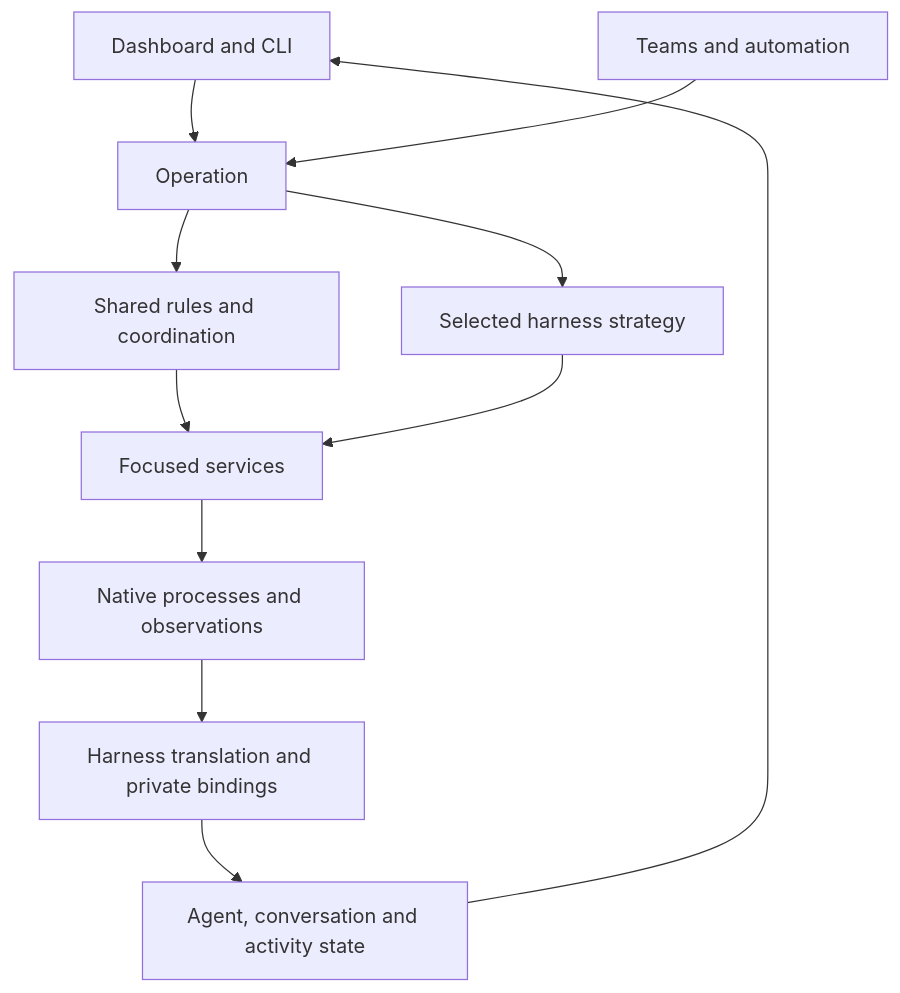
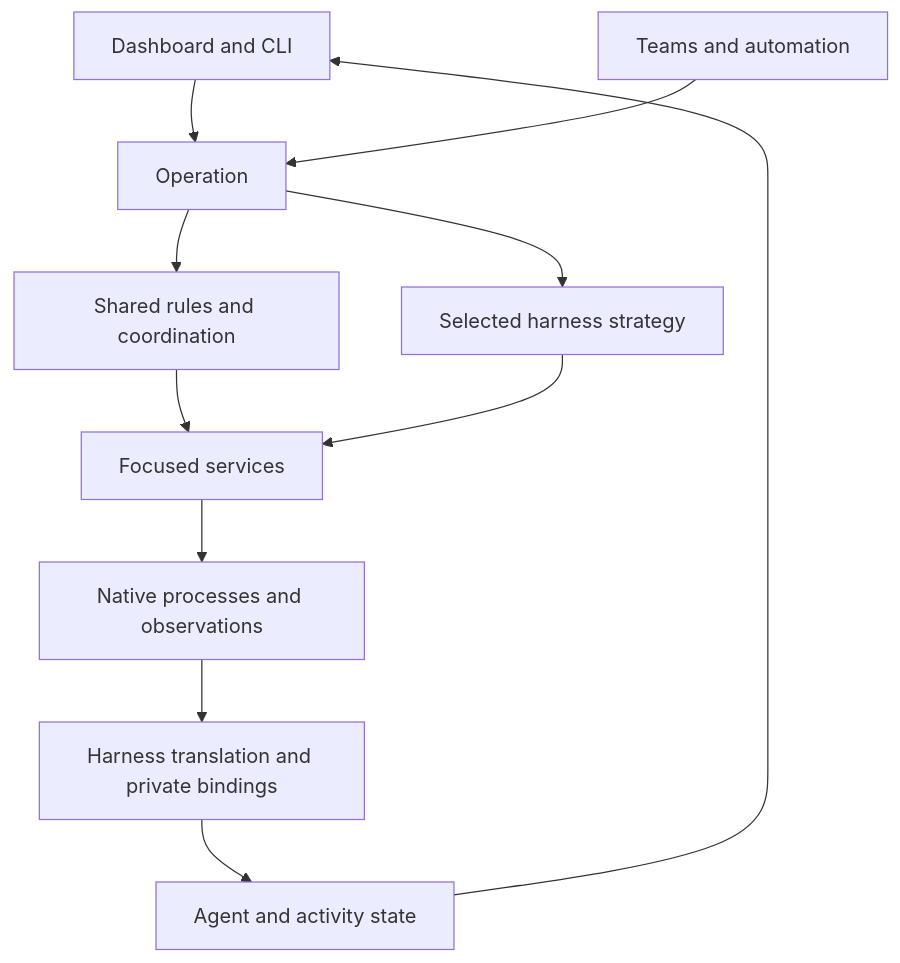
One commit to tofutools/tclaude changed the diagram in docs/v2-plan-and-ideas/README.md. Above: the diagram before and after it, drawn with Mermaid. The commit also changed other lines of this file and 3 other files, not shown here.

````diff
--- a/docs/v2-plan-and-ideas/README.md
+++ b/docs/v2-plan-and-ideas/README.md
@@ -26,13 +26,13 @@
 ```mermaid
 flowchart TD
     UI[Dashboard and CLI] --> Op[Operation]
     Auto[Teams and automation] --> Op
     Op --> Shared[Shared rules and coordination]
     Op --> Strategy[Selected harness strategy]
     Shared --> Services[Focused services]
     Strategy --> Services
     Services --> Native[Native processes and observations]
     Native --> Integration[Harness translation and private bindings]
-    Integration --> State[Agent, conversation and activity state]
+    Integration --> State[Agent and activity state]
     State --> UI
 ```
````
